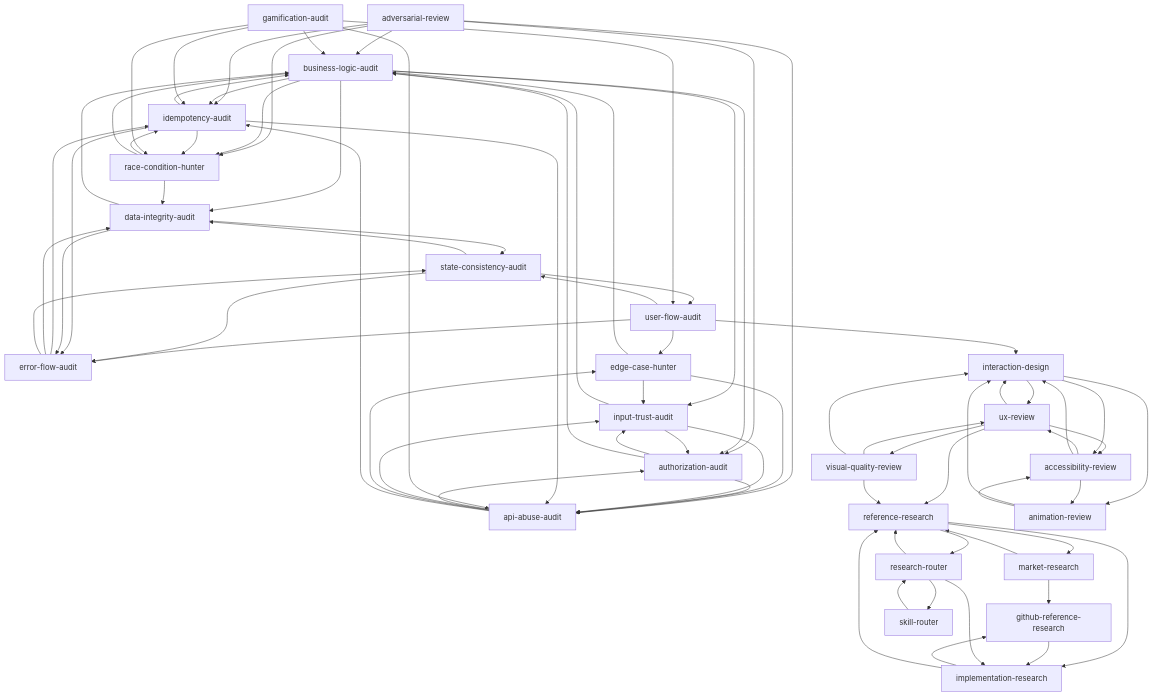
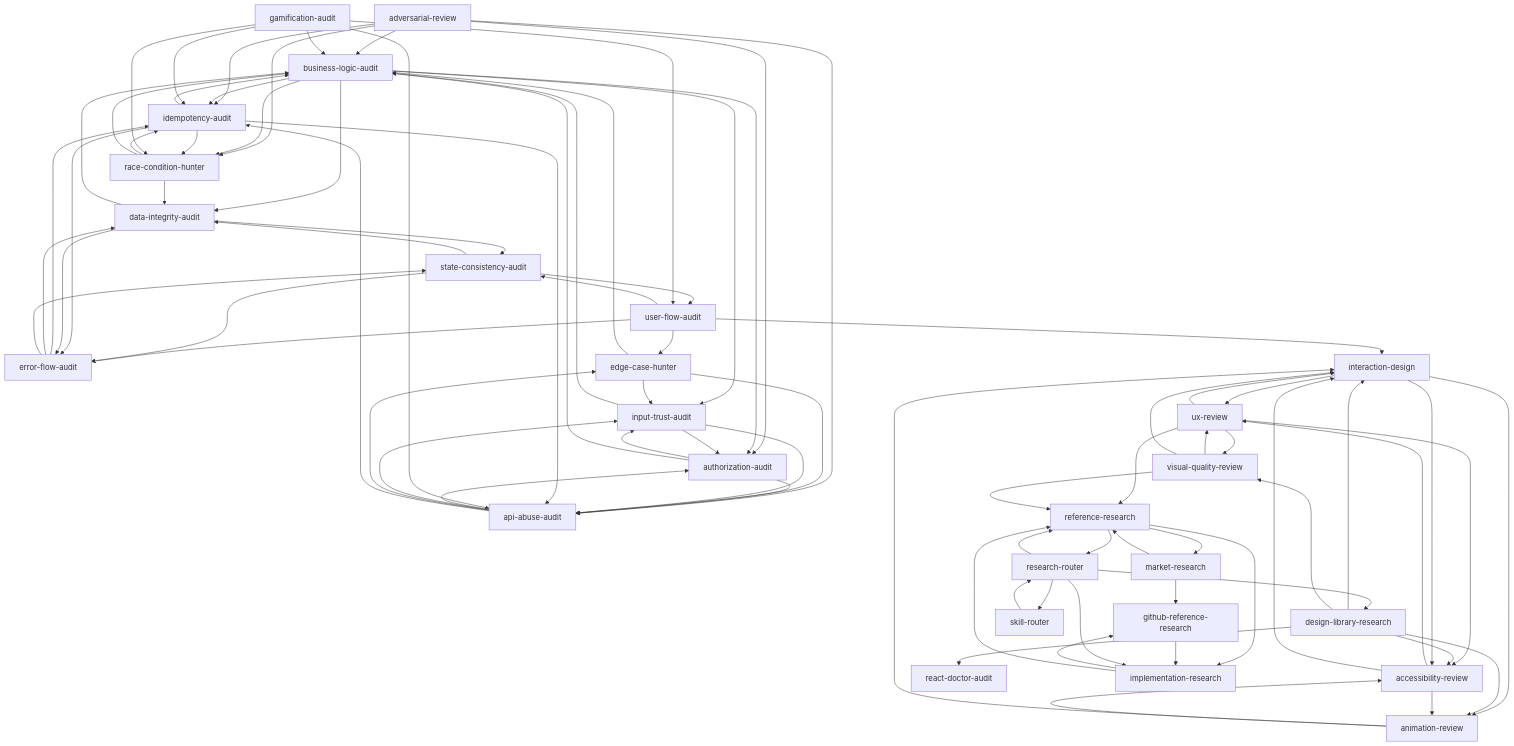
Before and after one commit to 1arley/ornn: the diagram in docs/skill-graph.md, drawn with Mermaid. The commit also changed 18 other files, not shown here.

First line of the commit message:
feat: add design-library-research skill and frontend composition pipeline

````diff
--- a/docs/skill-graph.md
+++ b/docs/skill-graph.md
@@ -62,6 +62,11 @@
     visual-quality-review[visual-quality-review] --> reference-research[reference-research]
     interaction-design[interaction-design] --> ux-review[ux-review]
     interaction-design[interaction-design] --> animation-review[animation-review]
+    design-library-research[design-library-research] --> interaction-design[interaction-design]
+    design-library-research[design-library-research] --> animation-review[animation-review]
+    design-library-research[design-library-research] --> visual-quality-review[visual-quality-review]
+    design-library-research[design-library-research] --> accessibility-review[accessibility-review]
+    design-library-research[design-library-research] --> react-doctor-audit[react-doctor-audit]
     interaction-design[interaction-design] --> accessibility-review[accessibility-review]
     animation-review[animation-review] --> interaction-design[interaction-design]
     animation-review[animation-review] --> accessibility-review[accessibility-review]
@@ -80,4 +85,5 @@
     research-router[research-router] --> skill-router[skill-router]
     research-router[research-router] --> reference-research[reference-research]
     research-router[research-router] --> implementation-research[implementation-research]
+    research-router[research-router] --> design-library-research[design-library-research]
 ```
````
